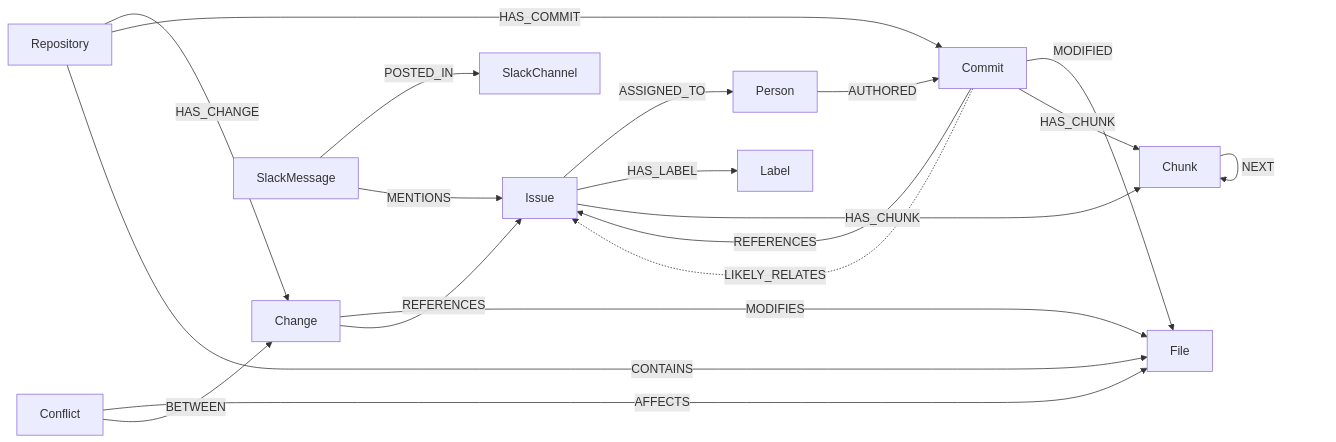
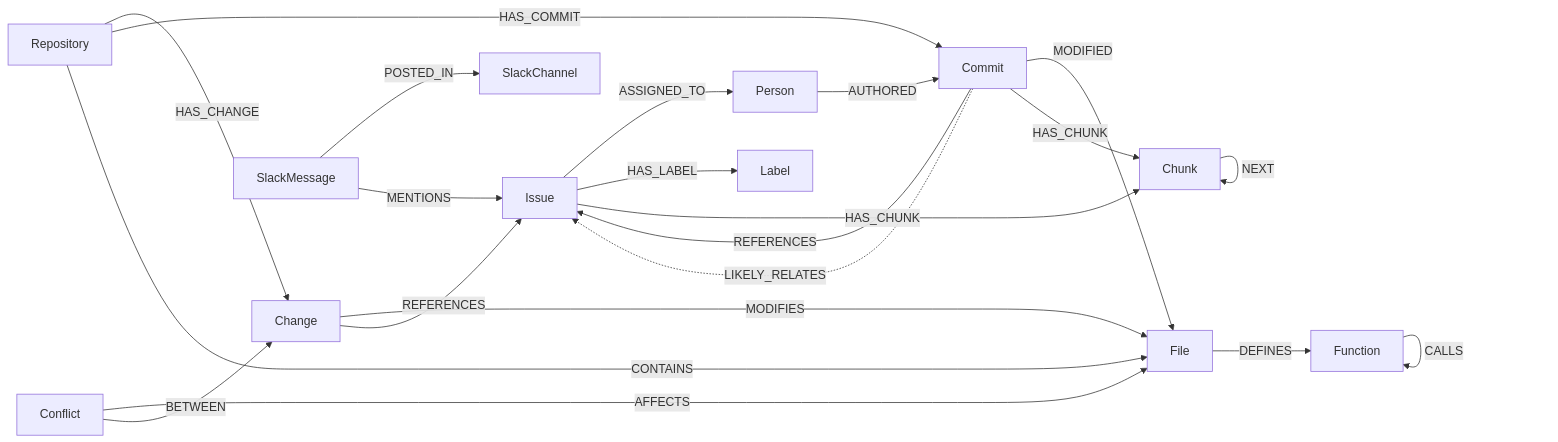
Before and after one commit to ishaansatapathy/Graph-Hack-: the second of 4 diagrams in README.md, drawn with Mermaid. The commit also changed other lines of this file, not shown here.

Commit message:
Update README for push webhooks, Ask the graph, conflict context and code index

````diff
--- a/README.md
+++ b/README.md
@@ -198,21 +204,23 @@
 ```mermaid
 graph LR
   Repository -->|HAS_CHANGE| Change
   Repository -->|HAS_COMMIT| Commit
   Repository -->|CONTAINS| File
   Change -->|MODIFIES| File
   Change -->|REFERENCES| Issue
   Commit -->|MODIFIED| File
   Commit -->|REFERENCES| Issue
   Commit -.->|LIKELY_RELATES| Issue
+  File -->|DEFINES| Function
+  Function -->|CALLS| Function
   Person -->|AUTHORED| Commit
   Conflict -->|AFFECTS| File
   Conflict -->|BETWEEN| Change
   Issue -->|ASSIGNED_TO| Person
   Issue -->|HAS_LABEL| Label
   SlackMessage -->|POSTED_IN| SlackChannel
   SlackMessage -->|MENTIONS| Issue
   Commit -->|HAS_CHUNK| Chunk
   Issue -->|HAS_CHUNK| Chunk
   Chunk -->|NEXT| Chunk
 ```
````
